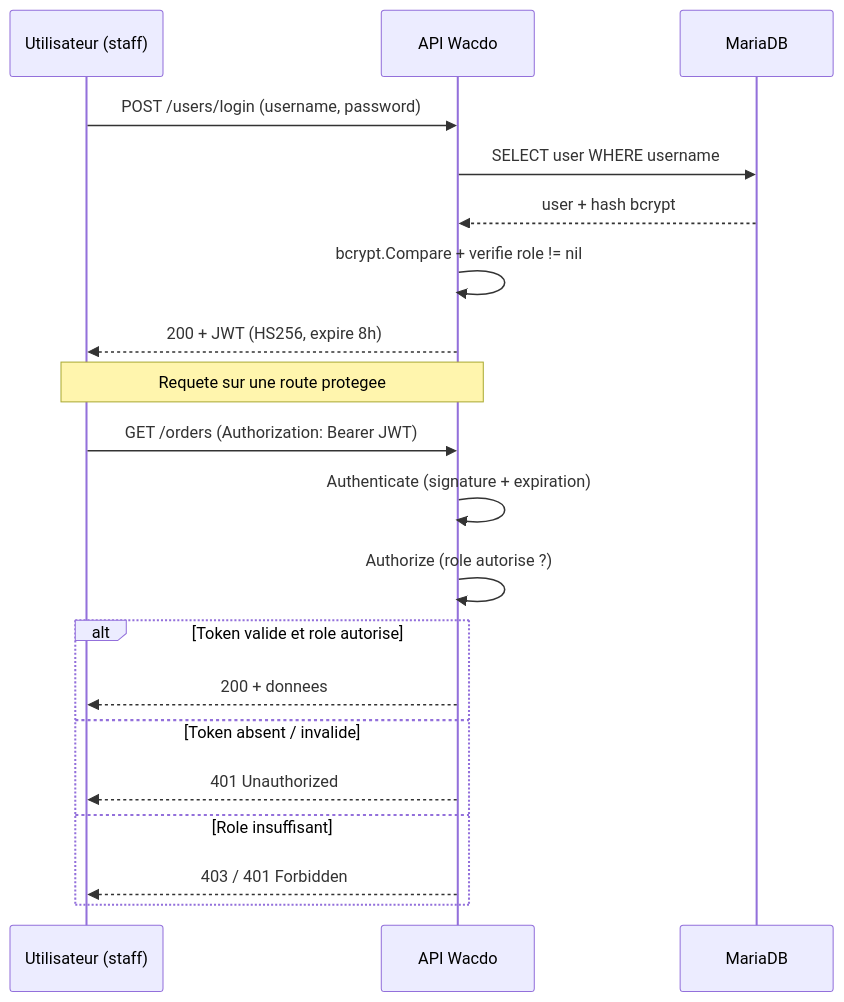
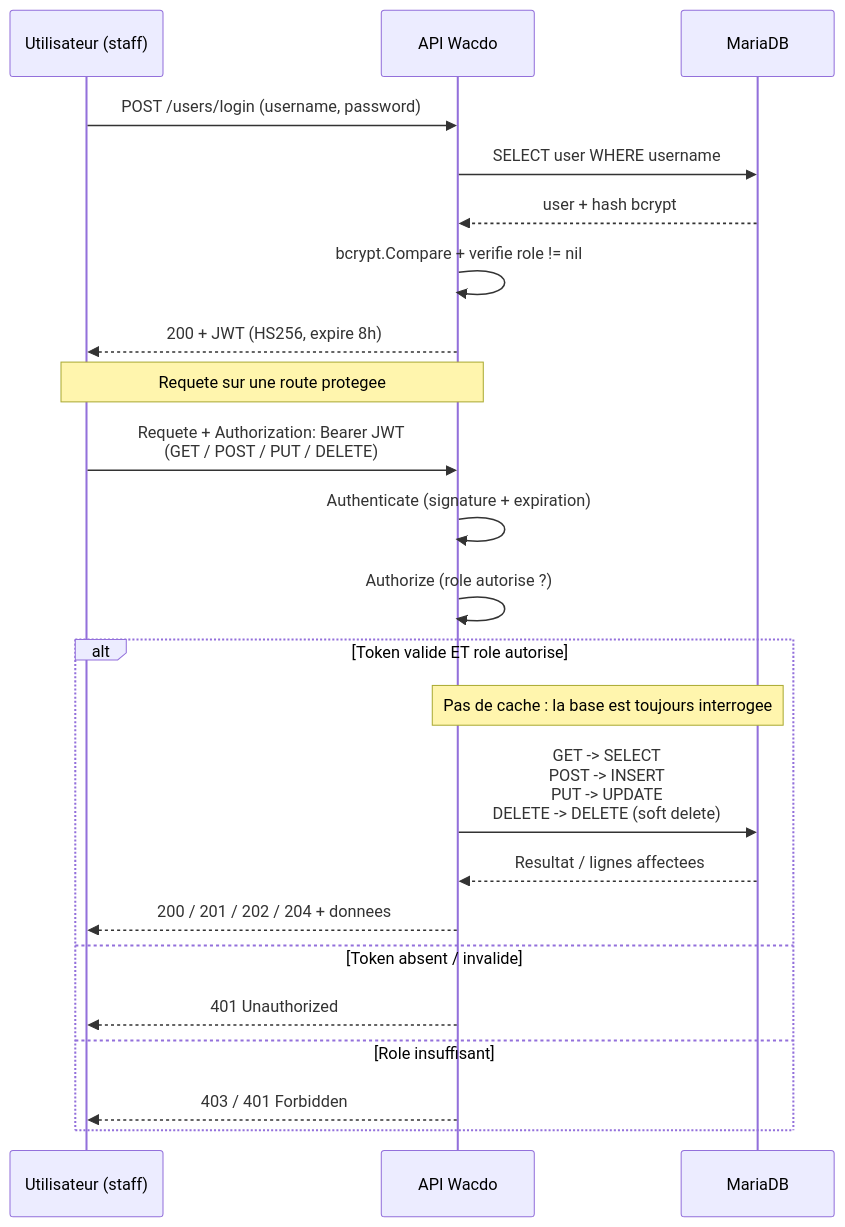
Before and after one commit to FrostByte0x/GDU-Go-Project: the fourth of 4 diagrams in README.MD, drawn with Mermaid.

Commit message:
Show Db hits on all API calls

````diff
--- a/README.MD
+++ b/README.MD
@@ -217,25 +217,28 @@
 ```mermaid
 sequenceDiagram
     participant U as Utilisateur (staff)
     participant API as API Wacdo
     participant DB as MariaDB
 
     U->>API: POST /users/login (username, password)
     API->>DB: SELECT user WHERE username
     DB-->>API: user + hash bcrypt
     API->>API: bcrypt.Compare + verifie role != nil
     API-->>U: 200 + JWT (HS256, expire 8h)
 
     Note over U,API: Requete sur une route protegee
-    U->>API: GET /orders (Authorization: Bearer JWT)
+    U->>API: Requete + Authorization: Bearer JWT<br/>(GET / POST / PUT / DELETE)
     API->>API: Authenticate (signature + expiration)
     API->>API: Authorize (role autorise ?)
-    alt Token valide et role autorise
-        API-->>U: 200 + donnees
+    alt Token valide ET role autorise
+        Note over API,DB: Pas de cache : la base est toujours interrogee
+        API->>DB: GET -> SELECT<br/>POST -> INSERT<br/>PUT -> UPDATE<br/>DELETE -> DELETE (soft delete)
+        DB-->>API: Resultat / lignes affectees
+        API-->>U: 200 / 201 / 202 / 204 + donnees
     else Token absent / invalide
         API-->>U: 401 Unauthorized
     else Role insuffisant
         API-->>U: 403 / 401 Forbidden
     end
-
+    
 ```
````
